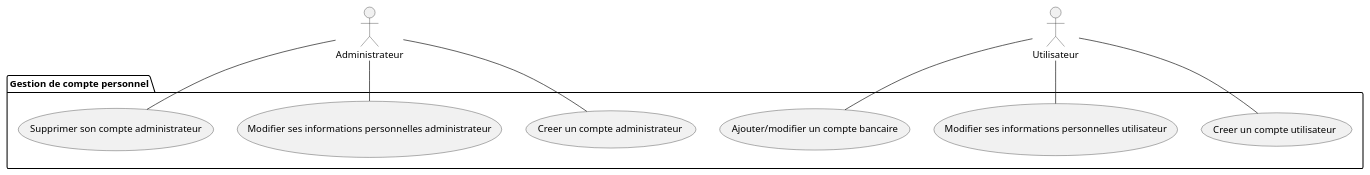
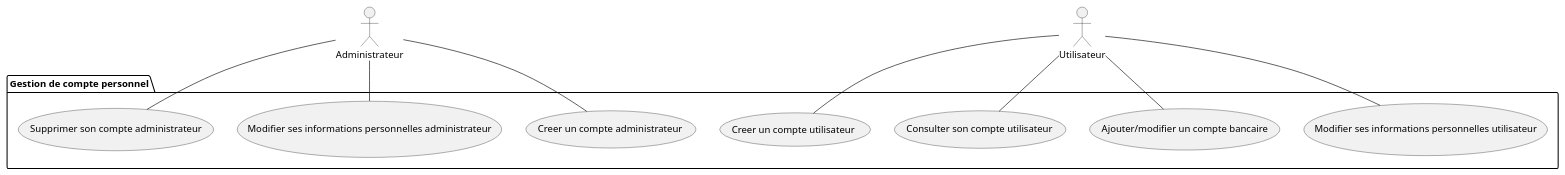
The diagram in diagrammes/specification/cas-utilisation/gestion-compte-personnel.puml (lmtb06/sharecount), drawn with PlantUML before and after one commit. The commit also changed 6 other files, not shown here.

Commit message:
-Mise à jour du diagramme de classe de conception -Mise à jour du diagramme de séquence de conception de consulter-liste-compte-depenses

```diff
--- a/diagrammes/specification/cas-utilisation/gestion-compte-personnel.puml
+++ b/diagrammes/specification/cas-utilisation/gestion-compte-personnel.puml
@@ -1,30 +1,32 @@
 @startuml Gestion de compte personnel
 
 actor "Administrateur" as admin
 actor "Utilisateur" as user
 
 
 package "Gestion de compte personnel" {
 	usecase "Creer un compte administrateur" as cca
 	usecase "Modifier ses informations personnelles administrateur" as mipa
 	usecase "Supprimer son compte administrateur" as sca
 
 	usecase "Creer un compte utilisateur" as ccp
 	usecase "Modifier ses informations personnelles utilisateur" as mipu
 	usecase "Ajouter/modifier un compte bancaire" as acb
+	usecase "Consulter son compte utilisateur" as ccu
 
 '	appartenance
 	'	Administrateur
 	admin 	--		cca
 	admin 	--		mipa
 	admin 	--		sca
 
 	'	Utilisateur
 	user 		--		ccp
 	user 		--		mipu
 	user 		--		acb
+	user 		-- 		ccu
 '	includes
 
 }
 
 @enduml
```
